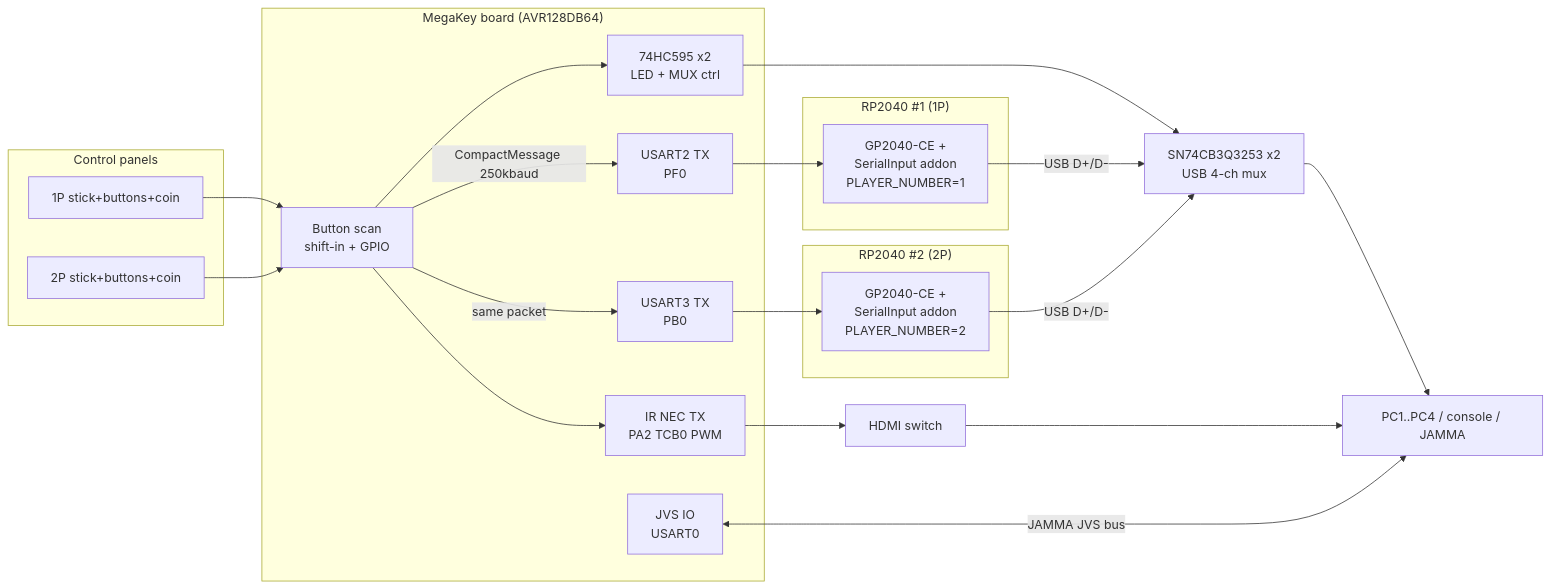
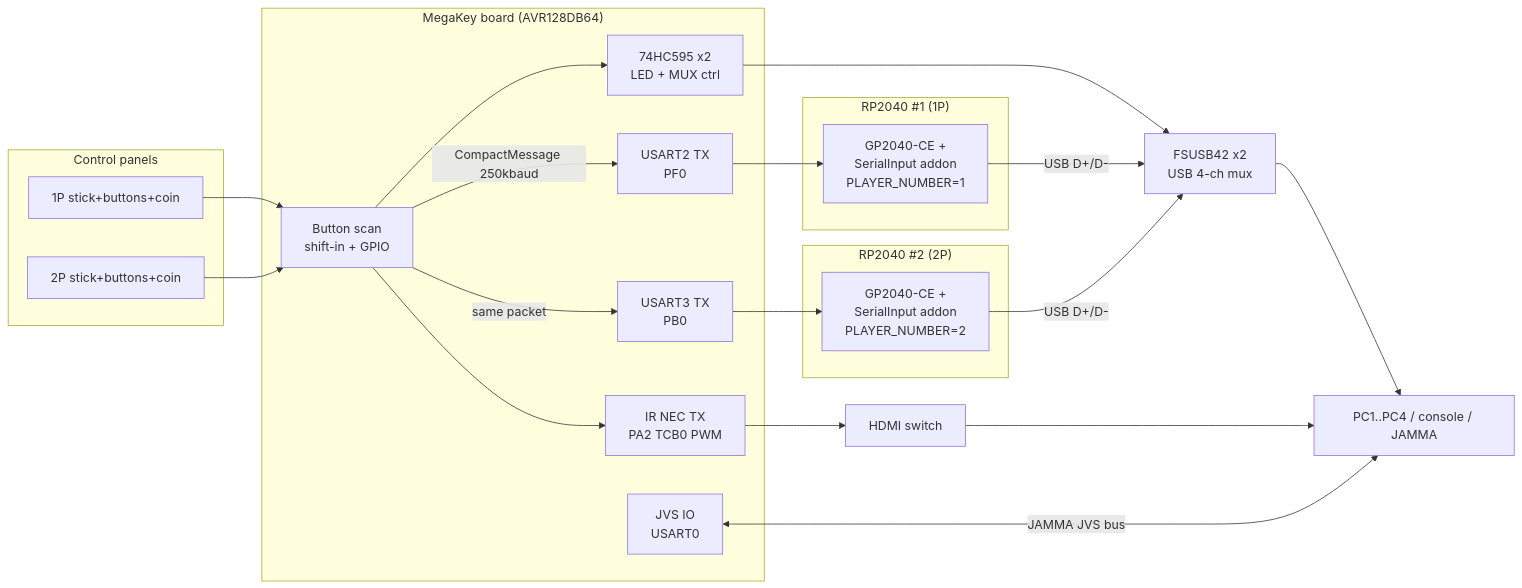
One commit to AhnYeonjo/MEGAKEY_GITHUB changed the diagram in docs/ARCHITECTURE.md. Above: the diagram before and after it, drawn with Mermaid. The commit also changed other lines of this file and 16 other files, not shown here.

First line of the commit message:
hardware: add JLCPCB fabrication zips (MegaPCB/POWERPCB/USBMUX); fix USB mux chip SN74CB3Q3253 -> FSUSB42

````diff
--- a/docs/ARCHITECTURE.md
+++ b/docs/ARCHITECTURE.md
@@ -17,39 +17,39 @@
 ```mermaid
 flowchart LR
     subgraph Panel["Control panels"]
         P1[1P stick+buttons+coin]
         P2[2P stick+buttons+coin]
     end
 
     subgraph MCU["MegaKey board (AVR128DB64)"]
         SCAN[Button scan<br/>shift-in + GPIO]
         SR[74HC595 x2<br/>LED + MUX ctrl]
         IR[IR NEC TX<br/>PA2 TCB0 PWM]
         JVS[JVS IO<br/>USART0]
         U2[USART2 TX<br/>PF0]
         U3[USART3 TX<br/>PB0]
     end
 
     subgraph RP1["RP2040 #1 (1P)"]
         A1[GP2040-CE +<br/>SerialInput addon<br/>PLAYER_NUMBER=1]
     end
     subgraph RP2["RP2040 #2 (2P)"]
         A2[GP2040-CE +<br/>SerialInput addon<br/>PLAYER_NUMBER=2]
     end
 
-    MUX[SN74CB3Q3253 x2<br/>USB 4-ch mux]
+    MUX[FSUSB42 x2<br/>USB 4-ch mux]
     HDMI[HDMI switch]
     HOST[PC1..PC4 / console / JAMMA]
 
     P1 --> SCAN
     P2 --> SCAN
     SCAN --> SR --> MUX
     SCAN --> IR --> HDMI
     SCAN -->|CompactMessage 250kbaud| U2 --> A1
     SCAN -->|same packet| U3 --> A2
     A1 -->|USB D+/D-| MUX
     A2 -->|USB D+/D-| MUX
     MUX --> HOST
     HDMI --> HOST
     JVS <-->|JAMMA JVS bus| HOST
 ```
````
